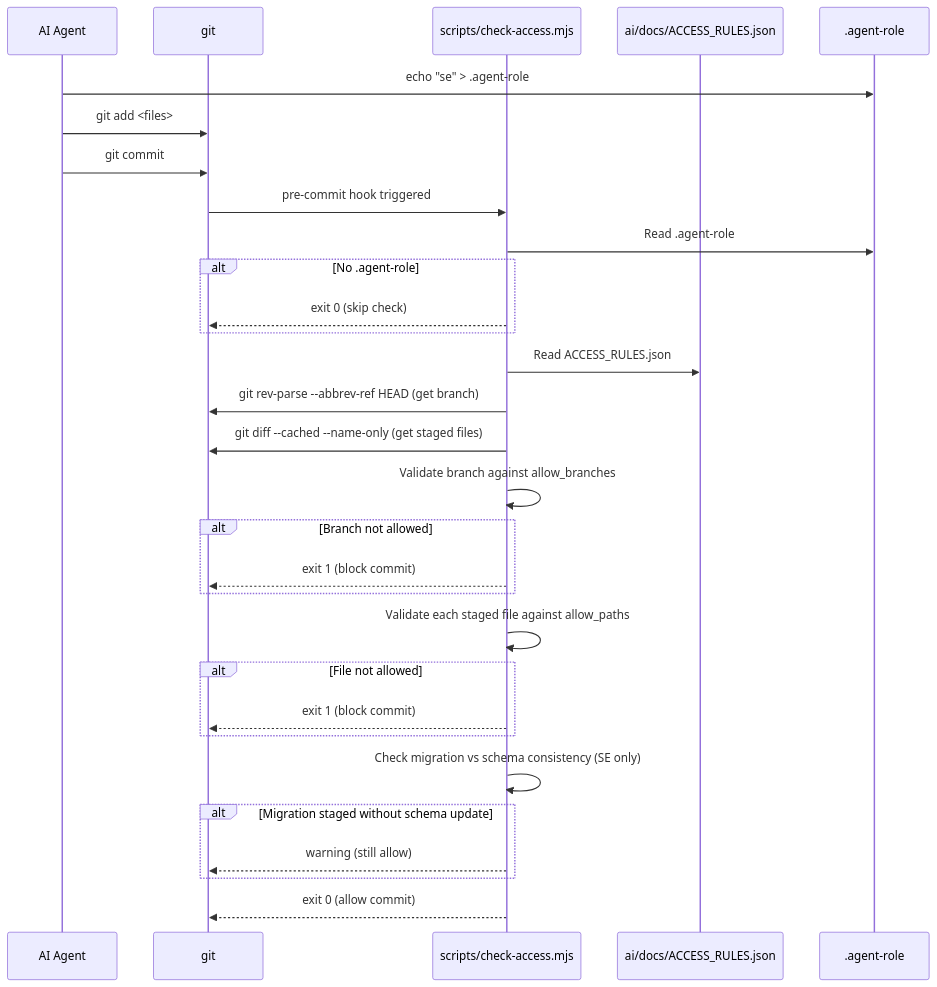
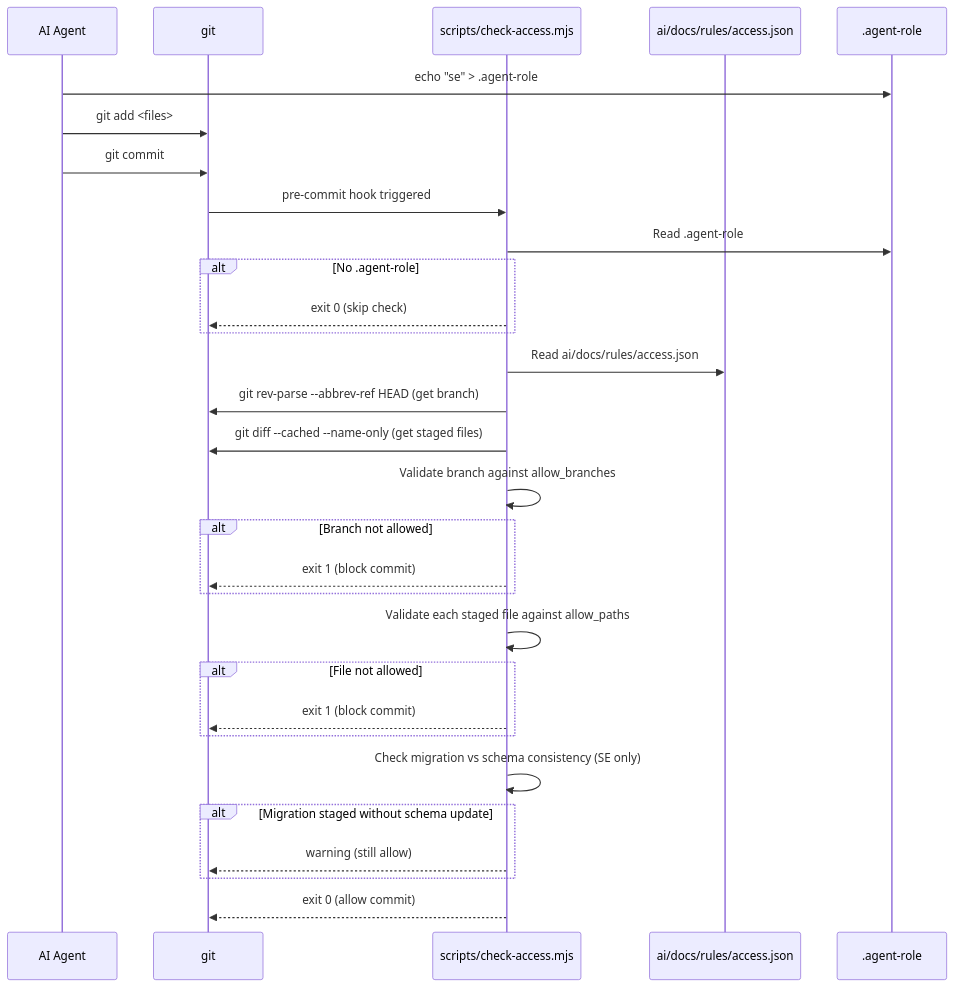
The second of 2 diagrams in ai/modules/core-access-control.md (APLogilite/erp-system), drawn with Mermaid before and after one commit. The commit also changed other lines of this file and 32 other files, not shown here.

````diff
--- a/ai/modules/core-access-control.md
+++ b/ai/modules/core-access-control.md
@@ -100,33 +100,33 @@
 ```mermaid
 sequenceDiagram
   participant Agent as AI Agent
   participant Git as git
   participant Hook as scripts/check-access.mjs
-  participant Rules as ai/docs/ACCESS_RULES.json
+  participant Rules as ai/docs/rules/access.json
   participant Env as .agent-role
 
   Agent->>Env: echo "se" > .agent-role
   Agent->>Git: git add <files>
   Agent->>Git: git commit
   Git->>Hook: pre-commit hook triggered
   Hook->>Env: Read .agent-role
   alt No .agent-role
     Hook-->>Git: exit 0 (skip check)
   end
-  Hook->>Rules: Read ACCESS_RULES.json
+  Hook->>Rules: Read ai/docs/rules/access.json
   Hook->>Git: git rev-parse --abbrev-ref HEAD (get branch)
   Hook->>Git: git diff --cached --name-only (get staged files)
   Hook->>Hook: Validate branch against allow_branches
   alt Branch not allowed
     Hook-->>Git: exit 1 (block commit)
   end
   Hook->>Hook: Validate each staged file against allow_paths
   alt File not allowed
     Hook-->>Git: exit 1 (block commit)
   end
   Hook->>Hook: Check migration vs schema consistency (SE only)
   alt Migration staged without schema update
     Hook-->>Git: warning (still allow)
   end
   Hook-->>Git: exit 0 (allow commit)
 ```
````
